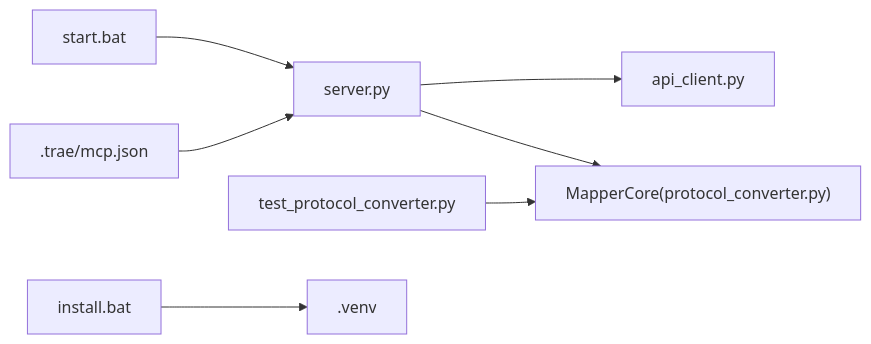
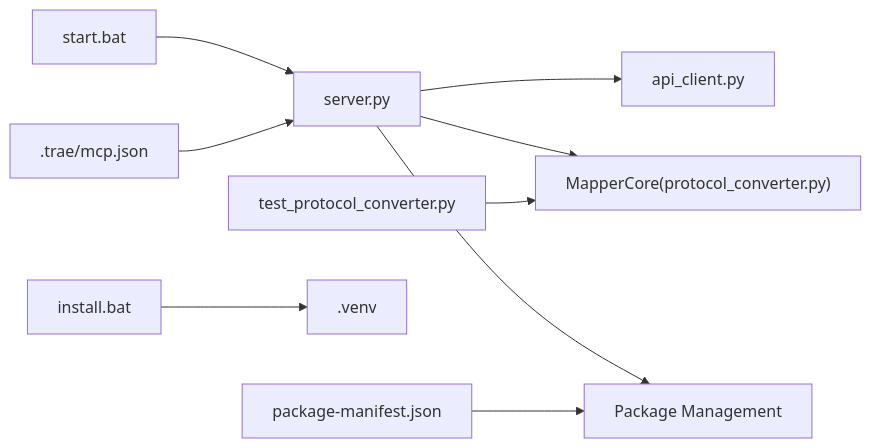
One commit to rookie-wind/web_ai changed the ninth of 10 diagrams in .qoder/repowiki/zh/content/开发指南/开发指南.md. Above: the diagram before and after it, drawn with Mermaid. The commit also changed other lines of this file and 117 other files, not shown here.

````diff
--- a/.qoder/repowiki/zh/content/开发指南/开发指南.md
+++ b/.qoder/repowiki/zh/content/开发指南/开发指南.md
@@ -218,9 +362,11 @@
 ```mermaid
 graph LR
 S["server.py"] --> AC["api_client.py"]
 S --> M["MapperCore(protocol_converter.py)"]
+S --> P["Package Management"]
 T["test_protocol_converter.py"] --> M
 I["install.bat"] --> V[".venv"]
 ST["start.bat"] --> S
 J[".trae/mcp.json"] --> S
+PM["package-manifest.json"] --> P
 ```
````
